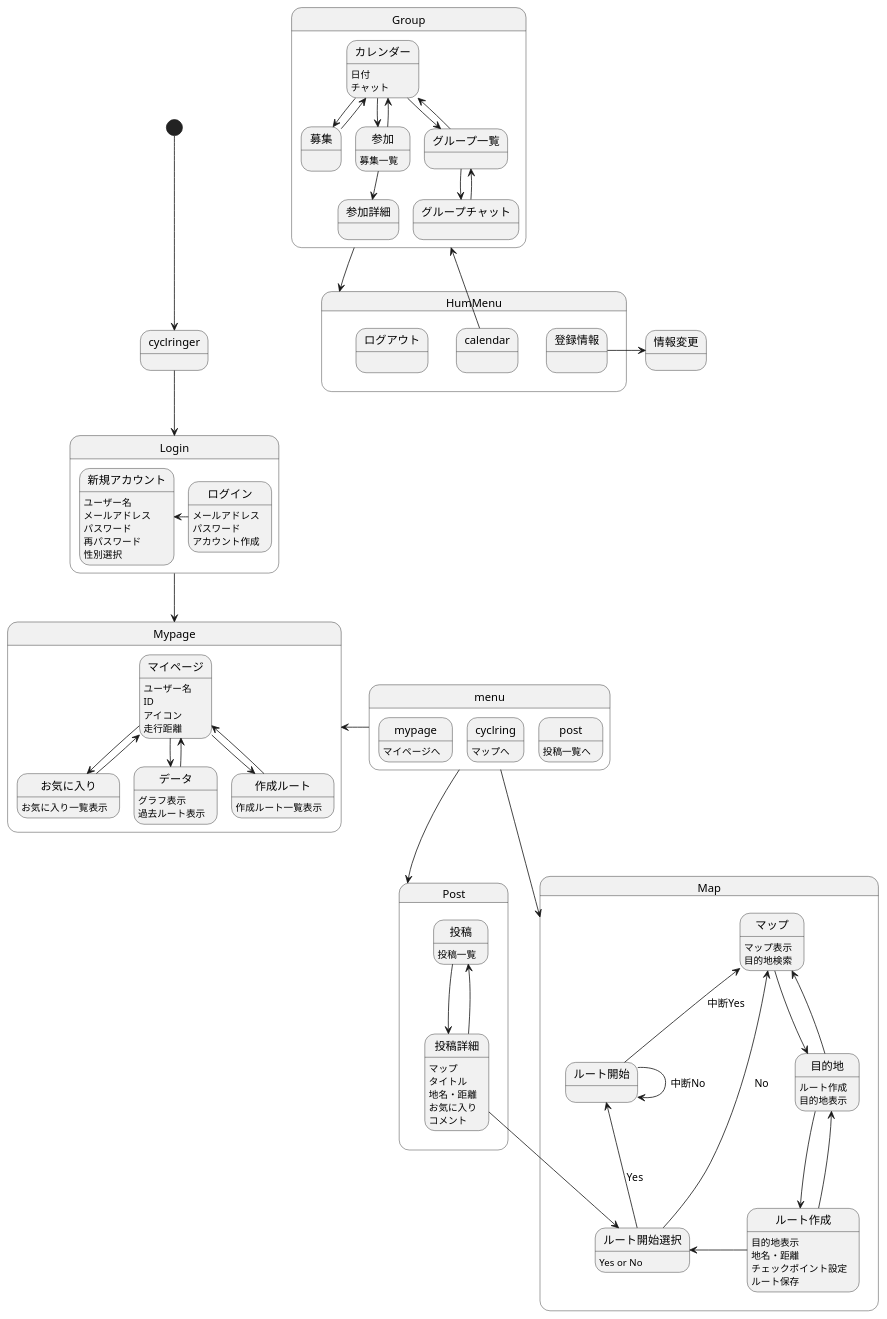
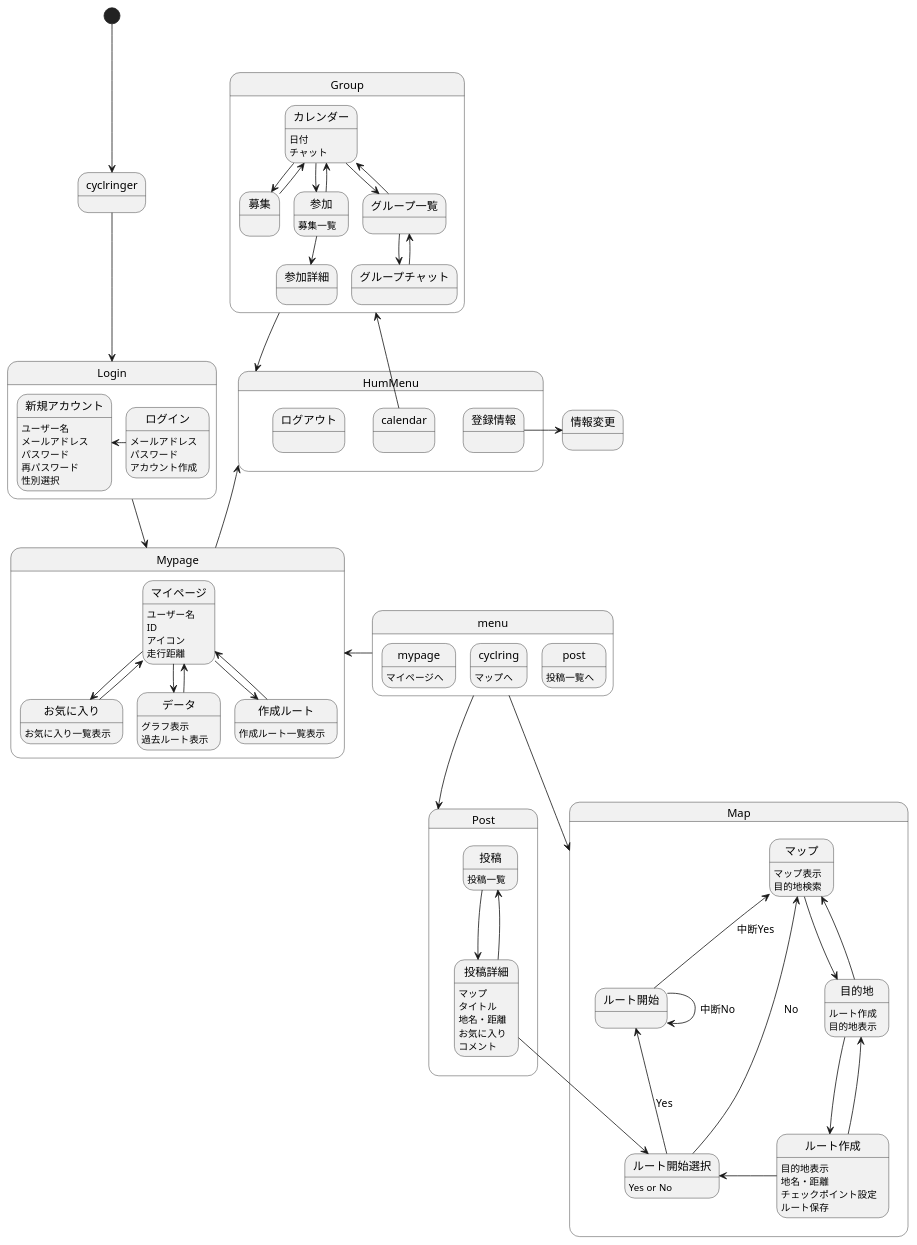
One commit to AsoSD3A3/CyclingSystem changed the diagram in 画面遷移図/gm.md. Above: the diagram before and after it, drawn with PlantUML.

```diff
--- a/画面遷移図/gm.md
+++ b/画面遷移図/gm.md
@@ -56,6 +56,7 @@
 }
 
 Login-down->Mypage
+Mypage-up->HumMenu
 
 state Mypage{
 マイページ:ユーザー名
```
